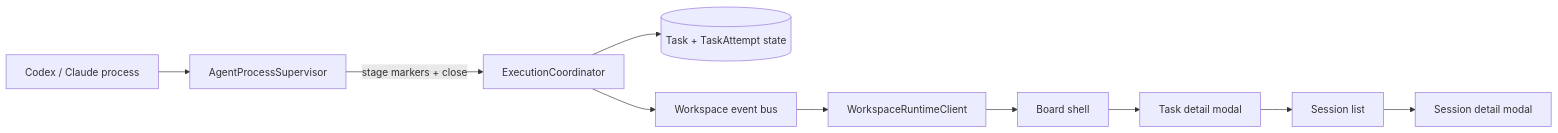
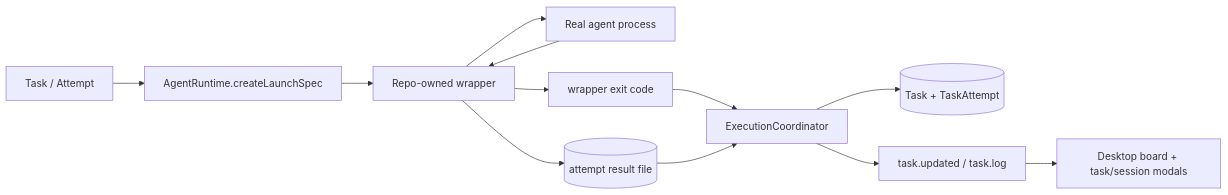
One commit to jeffery-zhang/tasks-dispatcher changed the diagram in docs/plans/2026-03-29-003-fix-runtime-state-sync-and-kanban-desktop-plan.md. Above: the diagram before and after it, drawn with Mermaid. The commit also changed other lines of this file and 1 other file, not shown here.

First line of the commit message:
docs: deepen runtime execution protocol planning

````diff
--- a/docs/plans/2026-03-29-003-fix-runtime-state-sync-and-kanban-desktop-plan.md
+++ b/docs/plans/2026-03-29-003-fix-runtime-state-sync-and-kanban-desktop-plan.md
@@ -98,13 +124,14 @@
 ```mermaid
 flowchart LR
-    AGENT[Codex / Claude process] --> SUP[AgentProcessSupervisor]
-    SUP -->|stage markers + close| EXEC[ExecutionCoordinator]
-    EXEC --> TASK[(Task + TaskAttempt state)]
-    EXEC --> BUS[Workspace event bus]
-
-    BUS --> API[WorkspaceRuntimeClient]
-    API --> BOARD[Board shell]
-    BOARD --> TMODAL[Task detail modal]
-    TMODAL --> SESSIONS[Session list]
-    SESSIONS --> SMODAL[Session detail modal]
+    TASK[Task / Attempt] --> RT[AgentRuntime.createLaunchSpec]
+    RT --> WRAP[Repo-owned wrapper]
+    WRAP --> AGENT[Real agent process]
+    AGENT --> WRAP
+    WRAP --> RES[(attempt result file)]
+    WRAP --> EXIT[wrapper exit code]
+    EXIT --> EXEC[ExecutionCoordinator]
+    RES --> EXEC
+    EXEC --> DOMAIN[(Task + TaskAttempt)]
+    EXEC --> EVENTS[task.updated / task.log]
+    EVENTS --> UI[Desktop board + task/session modals]
 ```
````
